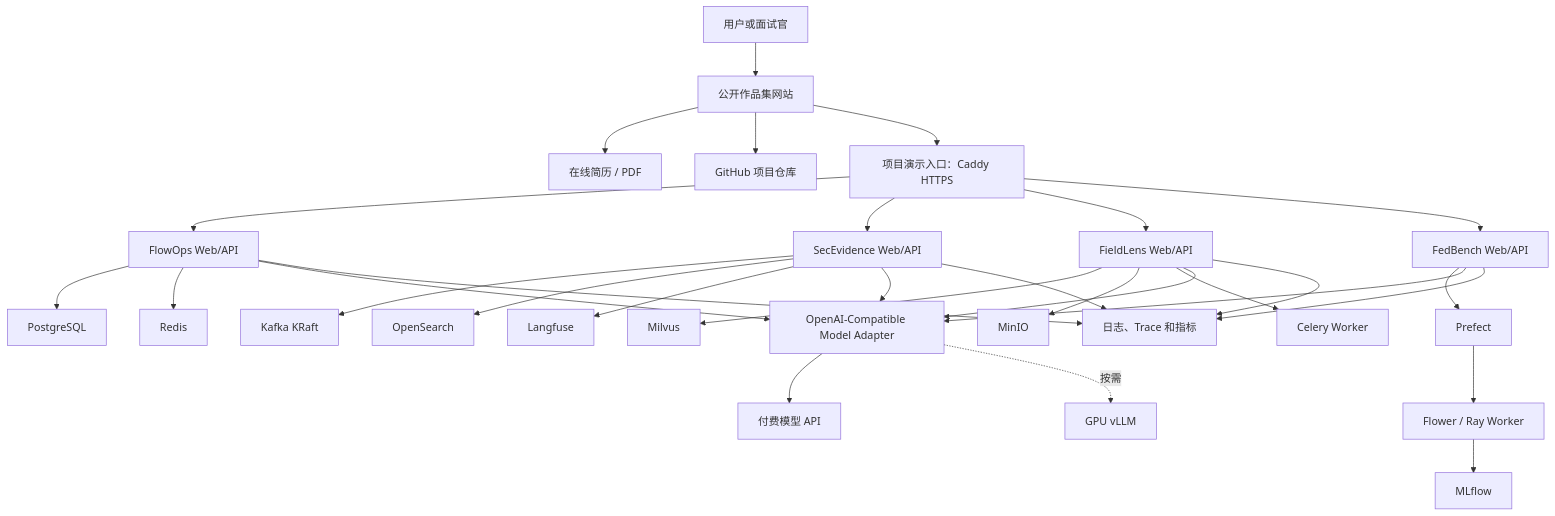
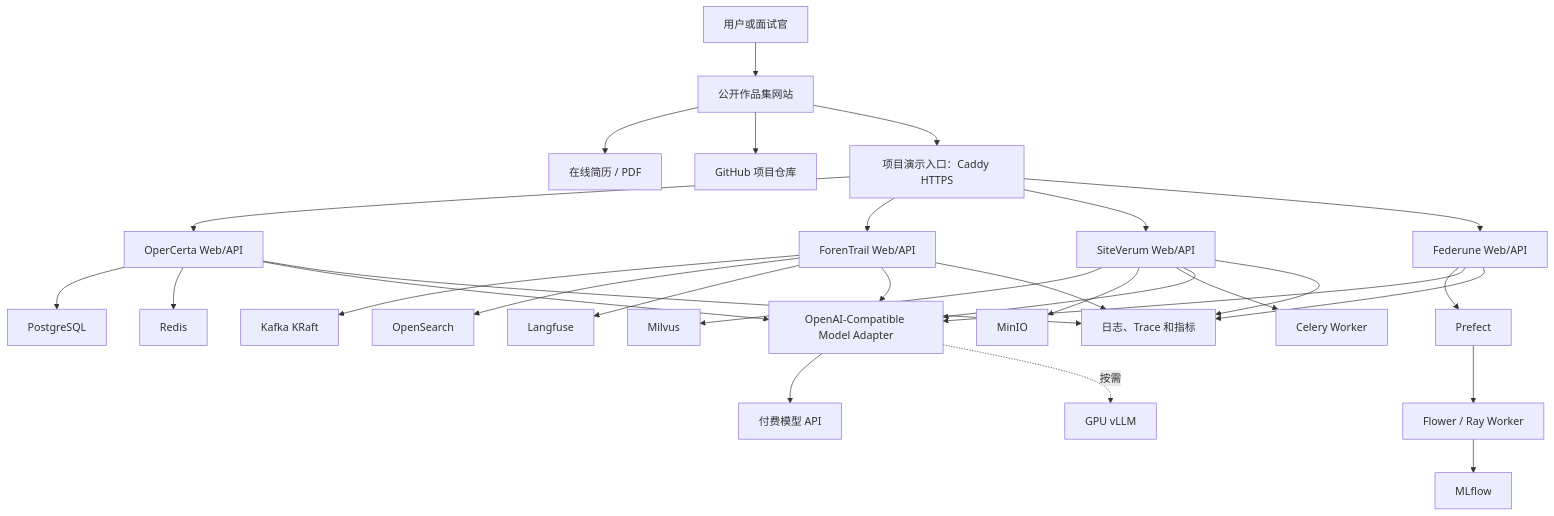
The sixth of 6 diagrams in docs/specs/AI_Agent四项目总体设计规格.md (KXHXK/opercerta), drawn with Mermaid before and after one commit. The commit also changed other lines of this file and 5 other files, not shown here.

Commit message:
docs: rename FlowOps to OperCerta

````diff
--- a/docs/specs/AI_Agent四项目总体设计规格.md
+++ b/docs/specs/AI_Agent四项目总体设计规格.md
@@ -561,38 +561,38 @@
 ```mermaid
 flowchart TB
     U["用户或面试官"] --> PORT["公开作品集网站"]
     PORT --> CV["在线简历 / PDF"]
     PORT --> GH["GitHub 项目仓库"]
     PORT --> C["项目演示入口：Caddy HTTPS"]
-    C --> A1["FlowOps Web/API"]
-    C --> A2["SecEvidence Web/API"]
-    C --> A3["FieldLens Web/API"]
-    C --> A4["FedBench Web/API"]
+    C --> A1["OperCerta Web/API"]
+    C --> A2["ForenTrail Web/API"]
+    C --> A3["SiteVerum Web/API"]
+    C --> A4["Federune Web/API"]
 
     A1 --> PG["PostgreSQL"]
     A1 --> RD["Redis"]
 
     A2 --> KF["Kafka KRaft"]
     A2 --> OS["OpenSearch"]
     A2 --> LF["Langfuse"]
 
     A3 --> MV["Milvus"]
     A3 --> MN["MinIO"]
     A3 --> CW["Celery Worker"]
 
     A4 --> PF["Prefect"]
     PF --> FW["Flower / Ray Worker"]
     FW --> ML["MLflow"]
 
     A1 --> LLM["OpenAI-Compatible Model Adapter"]
     A2 --> LLM
     A3 --> LLM
     A4 --> LLM
     LLM --> PA["付费模型 API"]
     LLM -. "按需" .-> GPU["GPU vLLM"]
 
     A1 --> OB["日志、Trace 和指标"]
     A2 --> OB
     A3 --> OB
     A4 --> OB
 ```
````
